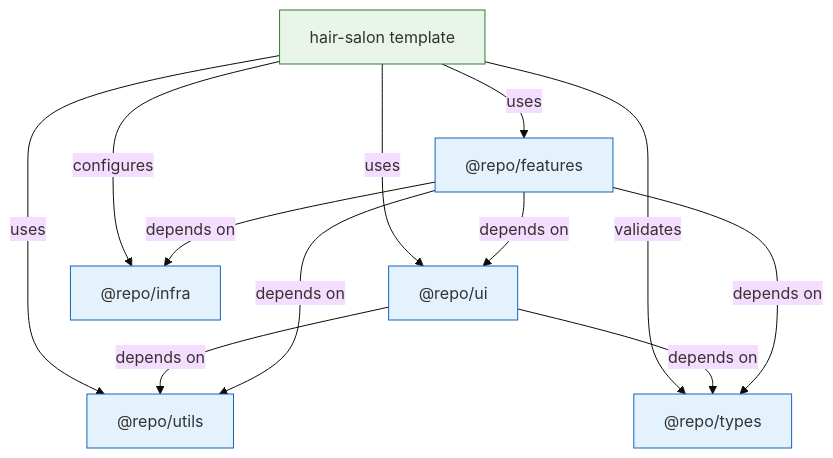
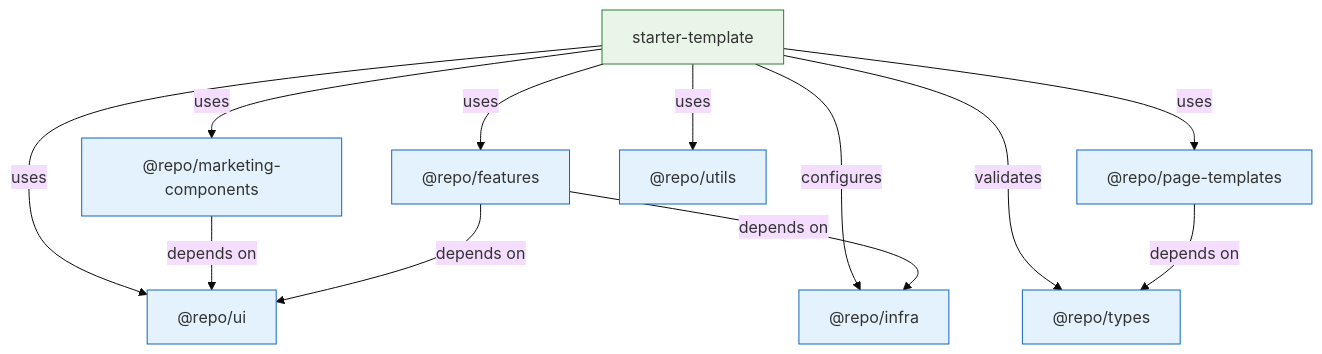
Before and after one commit to TrevorPLam/websites: the fourth of 14 diagrams in docs/architecture/dependency-graph.md, drawn with Mermaid (base theme). The commit also changed other lines of this file and 279 other files, not shown here.

````diff
--- a/docs/architecture/dependency-graph.md
+++ b/docs/architecture/dependency-graph.md
@@ -263,34 +240,36 @@
 ```mermaid
 graph TB
-    %% Template
-    Template["hair-salon template"]
+    %% Client
+    Client["starter-template"]
     
     %% Shared Packages
     UI["@repo/ui"]
     Features["@repo/features"]
+    PageTemplates["@repo/page-templates"]
+    Marketing["@repo/marketing-components"]
     Utils["@repo/utils"]
     Types["@repo/types"]
     Infra["@repo/infra"]
     
     %% Integration Points
-    Template --> |"uses"| UI
-    Template --> |"uses"| Features
-    Template --> |"uses"| Utils
-    Template --> |"validates"| Types
-    Template --> |"configures"| Infra
+    Client --> |"uses"| UI
+    Client --> |"uses"| Features
+    Client --> |"uses"| PageTemplates
+    Client --> |"uses"| Marketing
+    Client --> |"uses"| Utils
+    Client --> |"validates"| Types
+    Client --> |"configures"| Infra
     
     %% Package Dependencies
-    UI --> |"depends on"| Utils
-    UI --> |"depends on"| Types
+    PageTemplates --> |"depends on"| Types
+    Marketing --> |"depends on"| UI
     Features --> |"depends on"| UI
-    Features --> |"depends on"| Utils
-    Features --> |"depends on"| Types
     Features --> |"depends on"| Infra
     
     %% Styling
-    classDef template fill:#e8f5e8,stroke:#2e7d32
+    classDef client fill:#e8f5e8,stroke:#2e7d32
     classDef package fill:#e3f2fd,stroke:#1565c0
     
-    class Template template
-    class UI,Features,Utils,Types,Infra package
+    class Client client
+    class UI,Features,PageTemplates,Marketing,Utils,Types,Infra package
 ```
````
